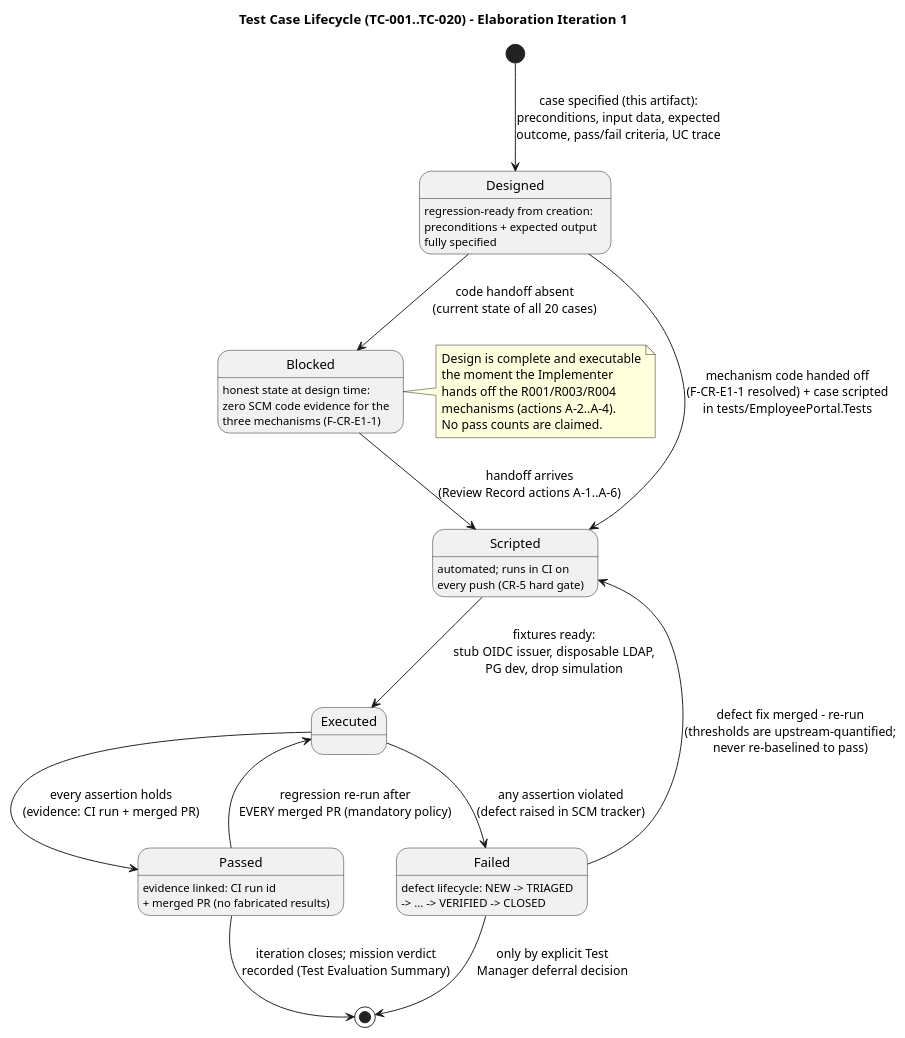
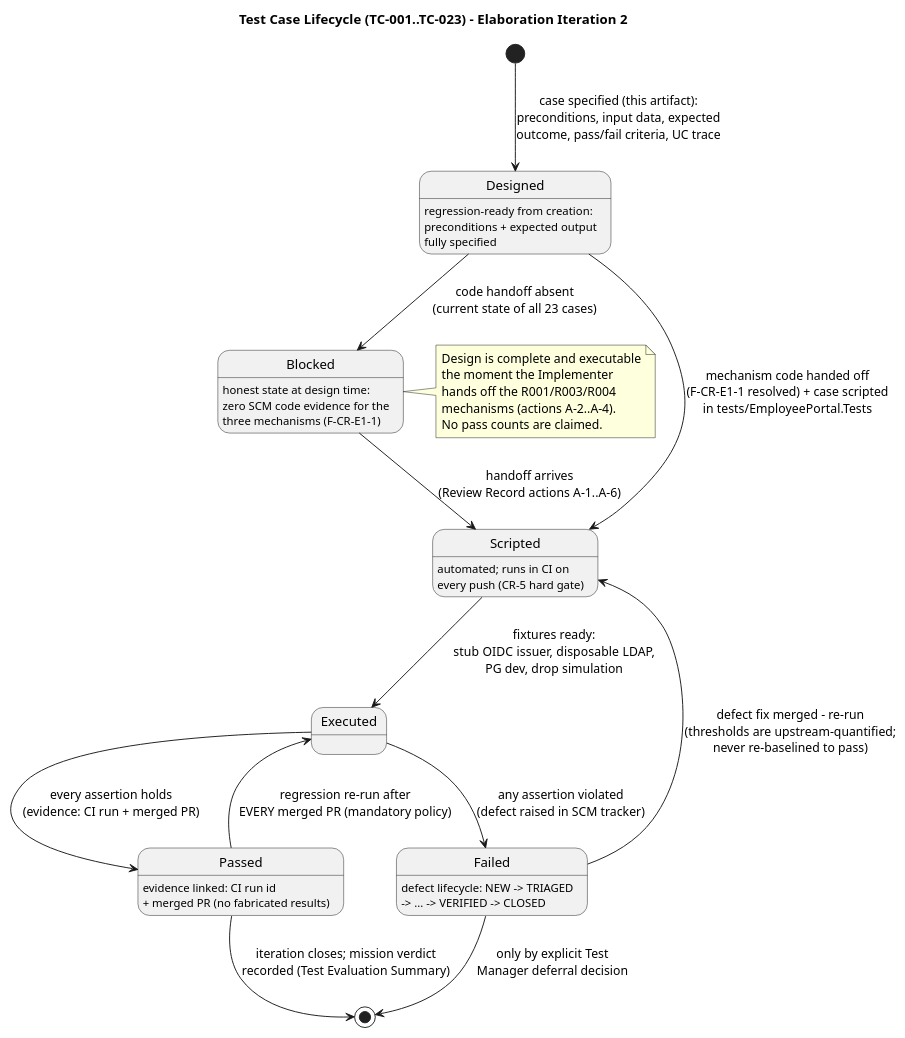
Before and after one commit to banense-test/employee-portal: the fourth of 7 diagrams in docs/artifacts/test/test-case.md, drawn with PlantUML. The commit also changed other lines of this file, not shown here.

First line of the commit message:
Test Designer [E2]: upsert Test Case

````diff
--- a/docs/artifacts/test/test-case.md
+++ b/docs/artifacts/test/test-case.md
@@ -218,44 +227,44 @@
 ```plantuml
 @startuml
-title Test Case Lifecycle (TC-001..TC-020) - Elaboration Iteration 1
+title Test Case Lifecycle (TC-001..TC-023) - Elaboration Iteration 2
 
 state "Designed" as DESIGNED
 state "Scripted" as SCRIPTED
 state "Blocked" as BLOCKED
 state "Executed" as EXECUTED
 state "Passed" as PASSED
 state "Failed" as FAILED
 
 [*] --> DESIGNED : case specified (this artifact):\npreconditions, input data, expected\noutcome, pass/fail criteria, UC trace
 
 DESIGNED --> SCRIPTED : mechanism code handed off\n(F-CR-E1-1 resolved) + case scripted\nin tests/EmployeePortal.Tests
-DESIGNED --> BLOCKED : code handoff absent\n(current state of all 20 cases)
+DESIGNED --> BLOCKED : code handoff absent\n(current state of all 23 cases)
 
 BLOCKED --> SCRIPTED : handoff arrives\n(Review Record actions A-1..A-6)
 
 SCRIPTED --> EXECUTED : fixtures ready:\nstub OIDC issuer, disposable LDAP,\nPG dev, drop simulation
 
 EXECUTED --> PASSED : every assertion holds\n(evidence: CI run + merged PR)
 EXECUTED --> FAILED : any assertion violated\n(defect raised in SCM tracker)
 
 FAILED --> SCRIPTED : defect fix merged - re-run\n(thresholds are upstream-quantified;\nnever re-baselined to pass)
 PASSED --> EXECUTED : regression re-run after\nEVERY merged PR (mandatory policy)
 
 PASSED --> [*] : iteration closes; mission verdict\nrecorded (Test Evaluation Summary)
 FAILED --> [*] : only by explicit Test\nManager deferral decision
 
 DESIGNED : regression-ready from creation:\npreconditions + expected output\nfully specified
 SCRIPTED : automated; runs in CI on\nevery push (CR-5 hard gate)
 BLOCKED : honest state at design time:\nzero SCM code evidence for the\nthree mechanisms (F-CR-E1-1)
 PASSED : evidence linked: CI run id\n+ merged PR (no fabricated results)
 FAILED : defect lifecycle: NEW -> TRIAGED\n-> ... -> VERIFIED -> CLOSED
 
 note right of BLOCKED
   Design is complete and executable
   the moment the Implementer
   hands off the R001/R003/R004
   mechanisms (actions A-2..A-4).
   No pass counts are claimed.
 end note
 @enduml
 ```
````
